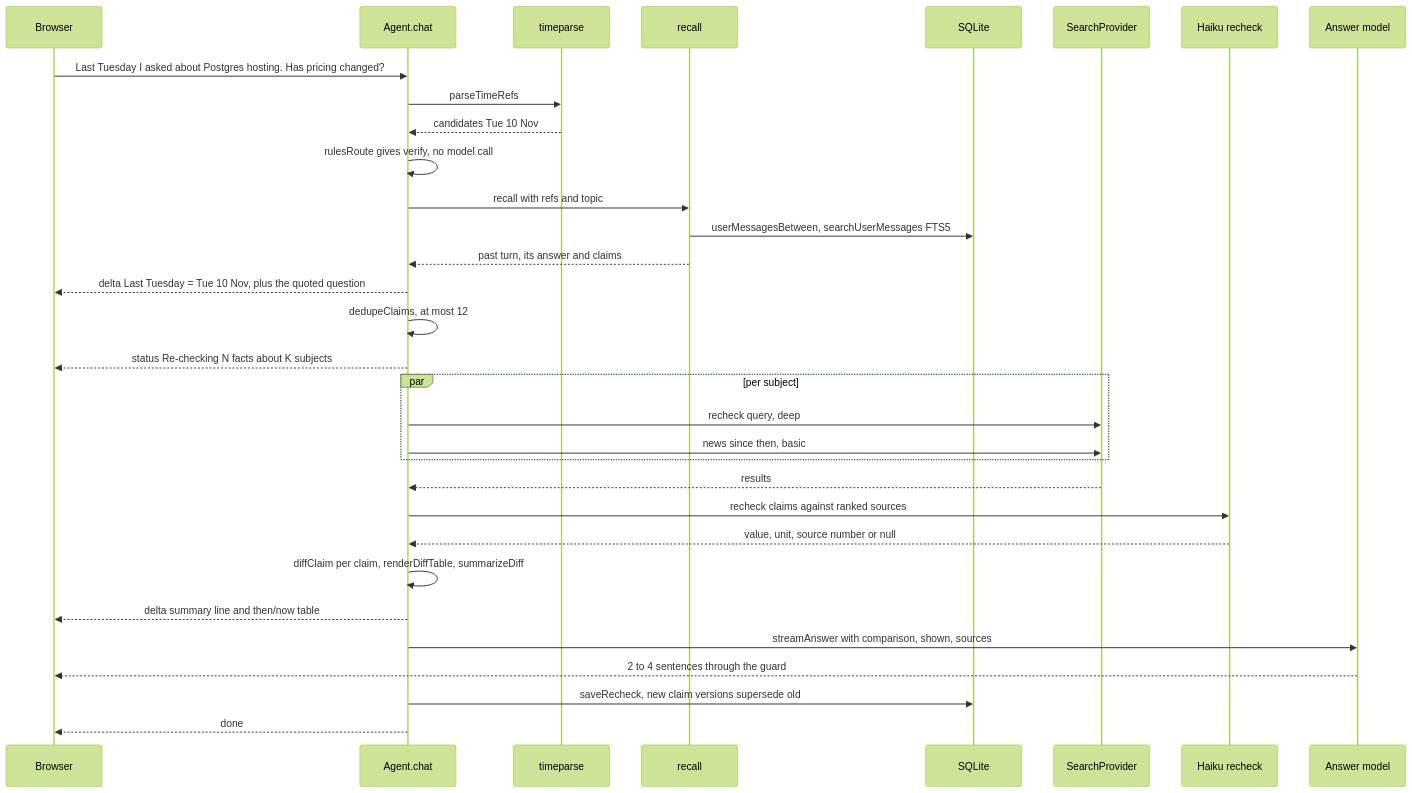
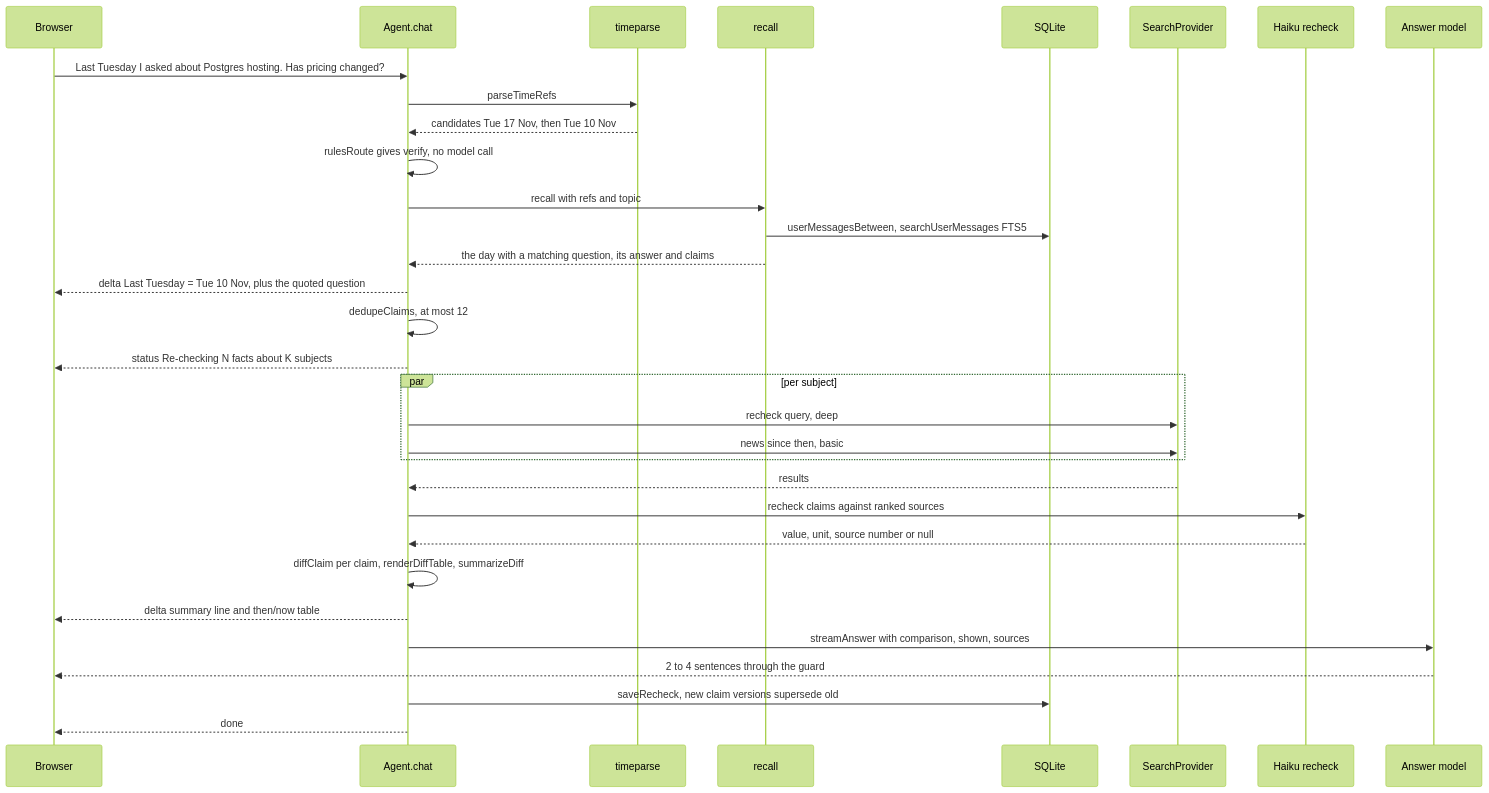
The fourth of 7 diagrams in docs/HLD.md (AVPthegreat/minimi-bot), drawn with Mermaid (forest theme) before and after one commit. The commit also changed 3 other files, not shown here.

Commit message:
docs: Low-Level Design (algorithms, schema, stream events, errors, config, front-end and test maps); README and DESIGN link HLD/LLD

````diff
--- a/docs/HLD.md
+++ b/docs/HLD.md
@@ -252,34 +252,34 @@
 ```mermaid
 sequenceDiagram
   participant B as Browser
   participant A as Agent.chat
   participant T as timeparse
   participant Mem as recall
   participant D as SQLite
   participant S as SearchProvider
   participant H as Haiku recheck
   participant M as Answer model
   B->>A: Last Tuesday I asked about Postgres hosting. Has pricing changed?
   A->>T: parseTimeRefs
-  T-->>A: candidates Tue 10 Nov
+  T-->>A: candidates Tue 17 Nov, then Tue 10 Nov
   A->>A: rulesRoute gives verify, no model call
   A->>Mem: recall with refs and topic
   Mem->>D: userMessagesBetween, searchUserMessages FTS5
-  Mem-->>A: past turn, its answer and claims
+  Mem-->>A: the day with a matching question, its answer and claims
   A-->>B: delta Last Tuesday = Tue 10 Nov, plus the quoted question
   A->>A: dedupeClaims, at most 12
   A-->>B: status Re-checking N facts about K subjects
   par per subject
     A->>S: recheck query, deep
     A->>S: news since then, basic
   end
   S-->>A: results
   A->>H: recheck claims against ranked sources
   H-->>A: value, unit, source number or null
   A->>A: diffClaim per claim, renderDiffTable, summarizeDiff
   A-->>B: delta summary line and then/now table
   A->>M: streamAnswer with comparison, shown, sources
   M-->>B: 2 to 4 sentences through the guard
   A->>D: saveRecheck, new claim versions supersede old
   A-->>B: done
 ```
````
